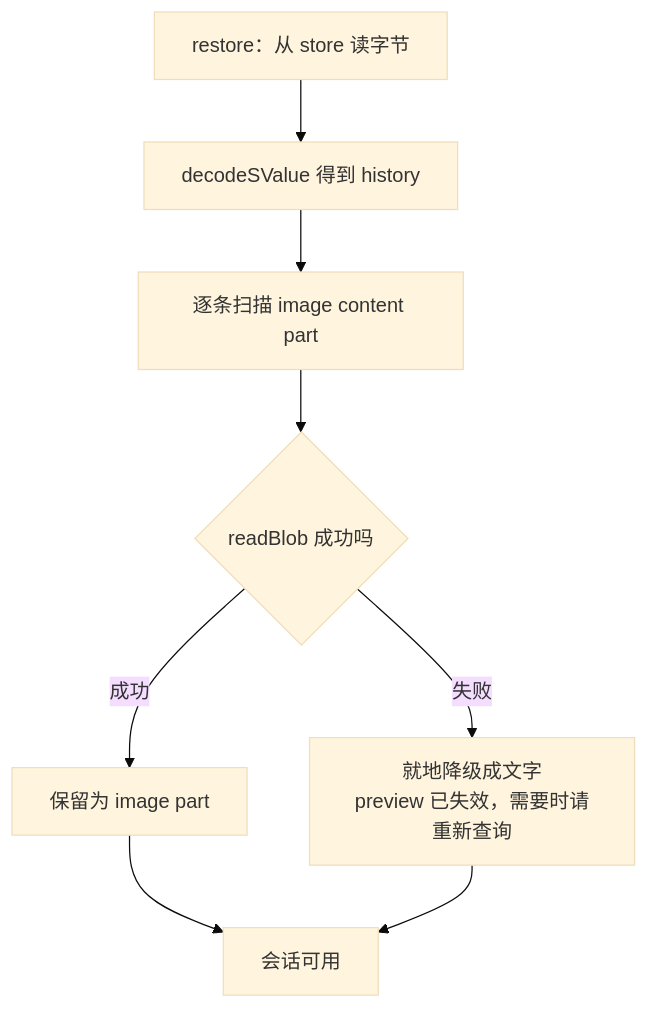
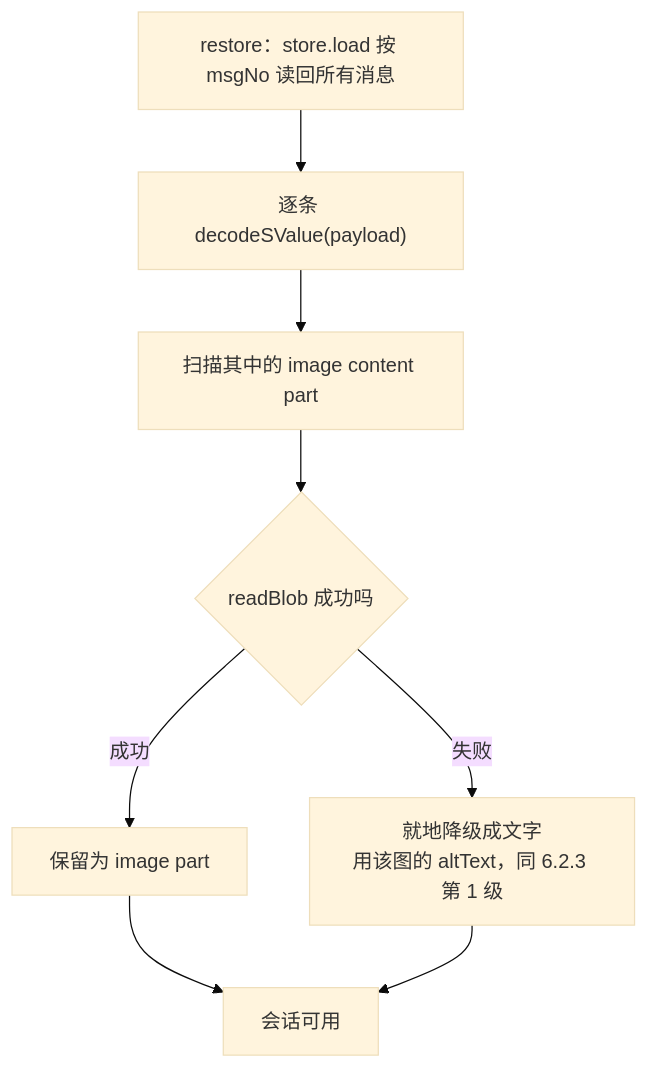
Before and after one commit to shazhou-ww/unidocs: the tenth of 15 diagrams in docs/superpowers/specs/2026-08-26-agent-sdk-design.md, drawn with Mermaid (base theme). The commit also changed other lines of this file, not shown here.

````diff
--- a/docs/superpowers/specs/2026-08-26-agent-sdk-design.md
+++ b/docs/superpowers/specs/2026-08-26-agent-sdk-design.md
@@ -1012,10 +998,10 @@
 ```mermaid
 flowchart TB
-    R["restore：从 store 读字节"] --> D["decodeSValue 得到 history"]
-    D --> S["逐条扫描 image content part"]
+    R["restore：store.load 按 msgNo 读回所有消息"] --> D["逐条 decodeSValue(payload)"]
+    D --> S["扫描其中的 image content part"]
     S --> T{"readBlob 成功吗"}
     T -->|成功| K["保留为 image part"]
-    T -->|失败| G["就地降级成文字<br/>preview 已失效，需要时请重新查询"]
+    T -->|失败| G["就地降级成文字<br/>用该图的 altText，同 6.2.3 第 1 级"]
     K --> OK["会话可用"]
     G --> OK
 ```
````
